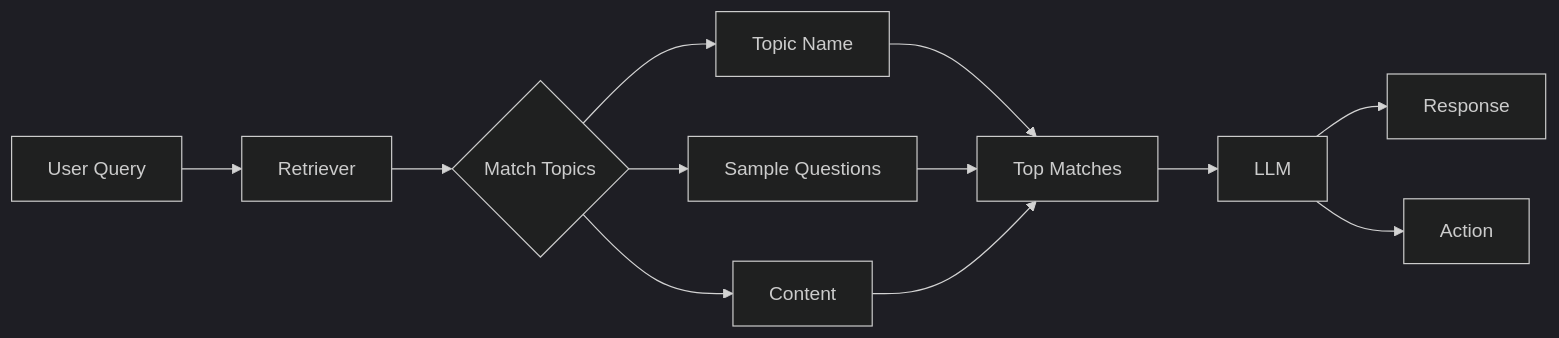
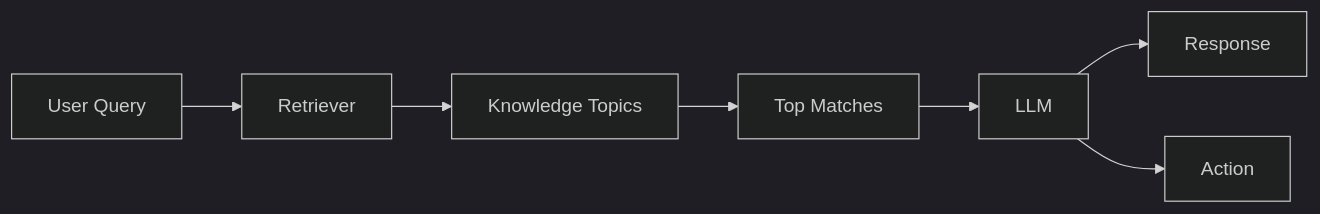
Before and after one commit to PolyAI-LDN/polyai-mintlify-doc: the diagram in managed-topics/RAG/introduction.mdx, drawn with Mermaid (dark theme). The commit also changed other lines of this file and 1 other file, not shown here.

Commit message:
Audit RAG page: remove implementation details, add caveats

````diff
--- a/managed-topics/RAG/introduction.mdx
+++ b/managed-topics/RAG/introduction.mdx
@@ -20,14 +20,9 @@
 ```mermaid
 flowchart LR
     A[User Query] --> B[Retriever]
-    B --> C{Match Topics}
-    C --> D[Topic Name]
-    C --> E[Sample Questions]
-    C --> F[Content]
-    D --> G[Top Matches]
-    E --> G
-    F --> G
-    G --> H[LLM]
-    H --> I[Response]
-    H --> J[Action]
+    B --> C[Knowledge Topics]
+    C --> D[Top Matches]
+    D --> E[LLM]
+    E --> F[Response]
+    E --> G[Action]
 ```
````
